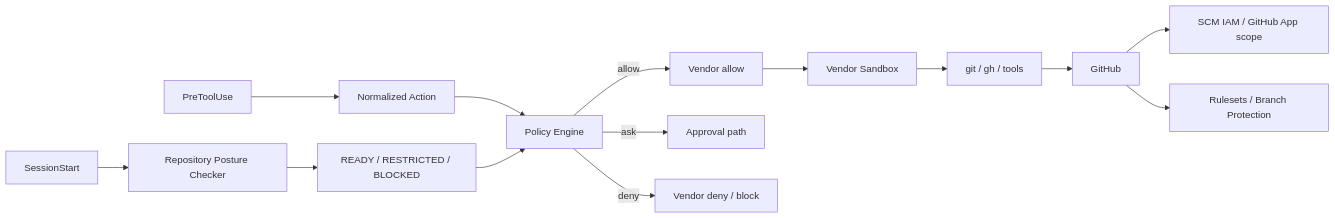
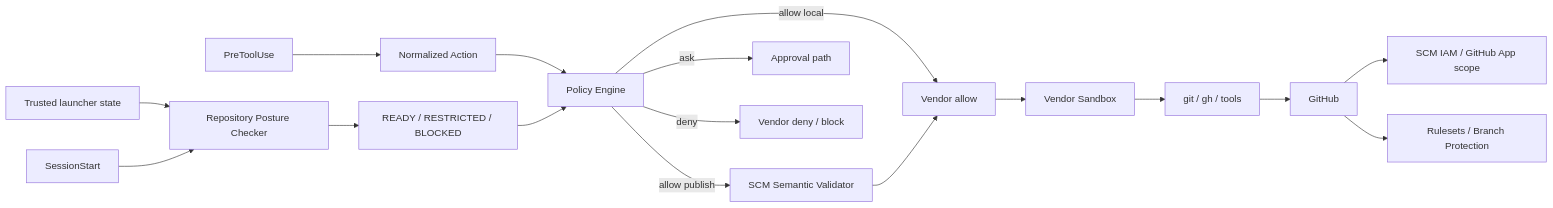
Before and after one commit to tomo-chan/agent-harness: the diagram in docs/06-vendor-harnesses.md, drawn with Mermaid. The commit also changed other lines of this file, not shown here.

Commit message:
docs: document trusted repository and canonical SCM validation

````diff
--- a/docs/06-vendor-harnesses.md
+++ b/docs/06-vendor-harnesses.md
@@ -7,16 +7,19 @@
 ```mermaid
 flowchart LR
-    SS[SessionStart] --> RP[Repository Posture Checker]
+    TL[Trusted launcher state] --> RP[Repository Posture Checker]
+    SS[SessionStart] --> RP
     RP --> ST[READY / RESTRICTED / BLOCKED]
     PT[PreToolUse] --> N[Normalized Action]
     N --> P[Policy Engine]
     ST --> P
-    P -->|allow| A[Vendor allow]
+    P -->|allow publish| SV[SCM Semantic Validator]
+    P -->|allow local| A[Vendor allow]
     P -->|ask| Q[Approval path]
     P -->|deny| D[Vendor deny / block]
+    SV --> A
     A --> S[Vendor Sandbox]
     S --> T[git / gh / tools]
     T --> GH[GitHub]
     GH --> IAM[SCM IAM / GitHub App scope]
     GH --> R[Rulesets / Branch Protection]
 ```
````
